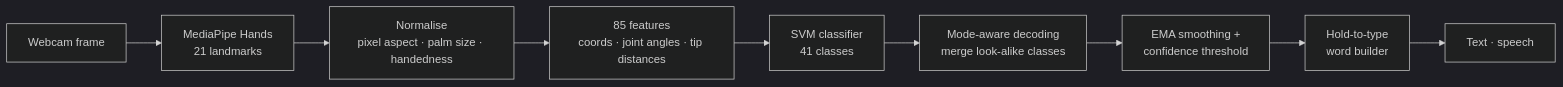
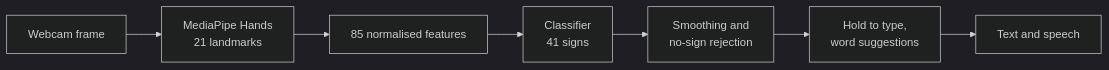
The diagram in README.md (Sayyam-wad/sign_language_detector), drawn with Mermaid (dark theme) before and after one commit. The commit also changed other lines of this file and 33 other files, not shown here.

First line of the commit message:
Add browser demo, sign atlas, no-sign rejection and word suggestions

````diff
--- a/README.md
+++ b/README.md
@@ -80,11 +19,9 @@
 ```mermaid
 flowchart LR
-    Cam[Webcam frame] --> MP[MediaPipe Hands<br/>21 landmarks]
-    MP --> N[Normalise<br/>pixel aspect · palm size · handedness]
-    N --> F[85 features<br/>coords · joint angles · tip distances]
-    F --> M[SVM classifier<br/>41 classes]
-    M --> D[Mode-aware decoding<br/>merge look-alike classes]
-    D --> S[EMA smoothing +<br/>confidence threshold]
-    S --> W[Hold-to-type<br/>word builder]
-    W --> T[Text · speech]
+    A[Webcam frame] --> B[MediaPipe Hands<br/>21 landmarks]
+    B --> C[85 normalised features]
+    C --> D[Classifier<br/>41 signs]
+    D --> E[Smoothing and<br/>no-sign rejection]
+    E --> F[Hold to type,<br/>word suggestions]
+    F --> G[Text and speech]
 ```
````
